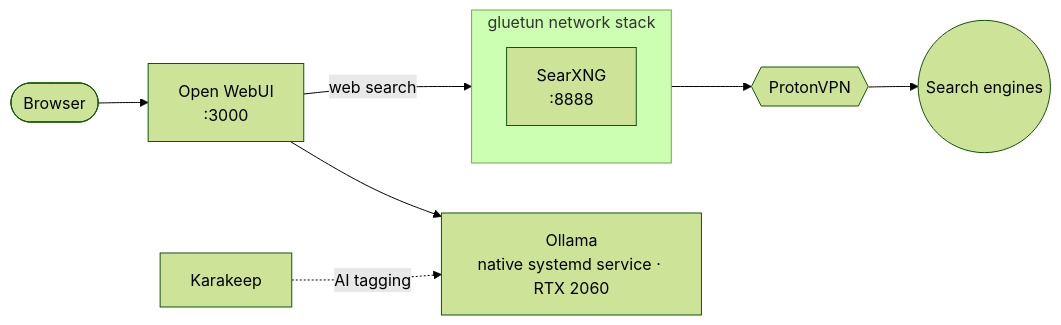
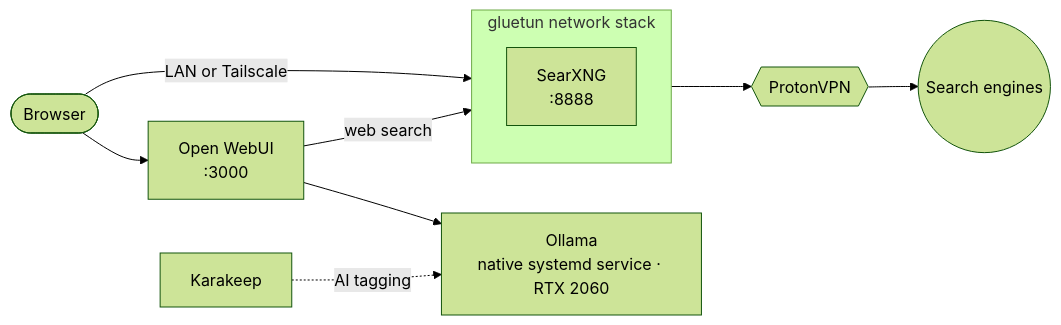
Before and after one commit to Shineori/homelab: the diagram in docs/services/ollama-stack.md, drawn with Mermaid (forest theme). The commit also changed other lines of this file and 10 other files, not shown here.

````diff
--- a/docs/services/ollama-stack.md
+++ b/docs/services/ollama-stack.md
@@ -21,11 +21,12 @@
 ```mermaid
 flowchart LR
     me([Browser]) --> webui[Open WebUI<br/>:3000]
+    me -- LAN or Tailscale --> g
     webui --> ollama[Ollama<br/>native systemd service · RTX 2060]
     webui -- web search --> g
     subgraph g[gluetun network stack]
         searx[SearXNG<br/>:8888]
     end
     g --> vpn{{ProtonVPN}} --> engines((Search engines))
     kk[Karakeep] -. AI tagging .-> ollama
 ```
````
